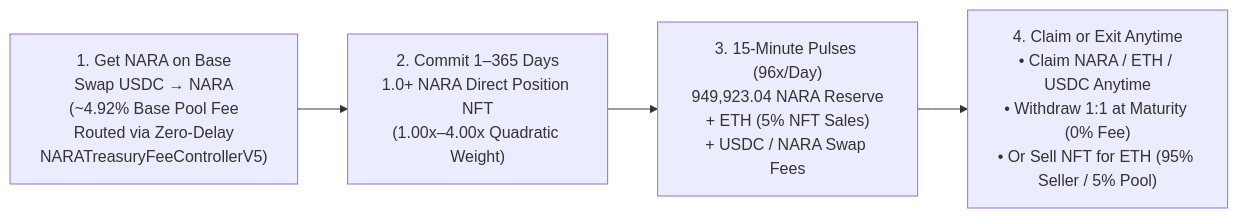
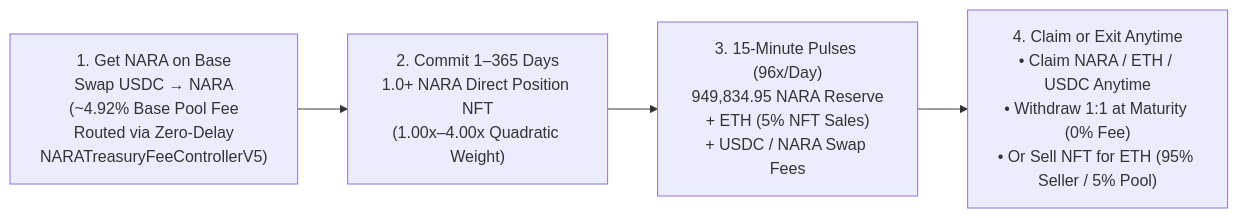
Before and after one commit to NARAProtocol/nara_protocol: the diagram in README.md, drawn with Mermaid. The commit also changed other lines of this file and 22 other files, not shown here.

````diff
--- a/README.md
+++ b/README.md
@@ -68,6 +71,6 @@
 ```mermaid
 flowchart LR
     A["1. Get NARA on Base<br/>Swap USDC → NARA<br/>(~4.92% Base Pool Fee<br/>Routed via Zero-Delay<br/>NARATreasuryFeeControllerV5)"] --> B["2. Commit 1–365 Days<br/>1.0+ NARA Direct Position NFT<br/>(1.00x–4.00x Quadratic Weight)"]
-    B --> C["3. 15-Minute Pulses (96x/Day)<br/>949,923.04 NARA Reserve<br/>+ ETH (5% NFT Sales)<br/>+ USDC / NARA Swap Fees"]
+    B --> C["3. 15-Minute Pulses (96x/Day)<br/>949,834.95 NARA Reserve<br/>+ ETH (5% NFT Sales)<br/>+ USDC / NARA Swap Fees"]
     C --> D["4. Claim or Exit Anytime<br/>• Claim NARA / ETH / USDC Anytime<br/>• Withdraw 1:1 at Maturity (0% Fee)<br/>• Or Sell NFT for ETH (95% Seller / 5% Pool)"]
 ```
````
